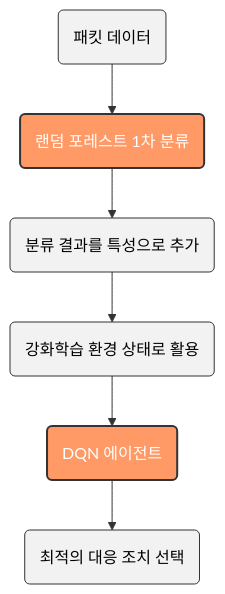
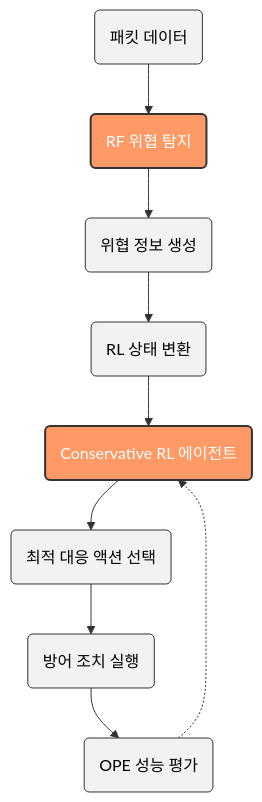
One commit to Es5724/Intrusion_DetectionSystem changed the second of 3 diagrams in README.md. Above: the diagram before and after it, drawn with Mermaid. The commit also changed other lines of this file and 11 other files, not shown here.

````diff
--- a/README.md
+++ b/README.md
@@ -463,14 +476,17 @@
 ```mermaid
 flowchart TD
-    A("패킷 데이터") --> B("랜덤 포레스트 1차 분류")
-    B --> C("분류 결과를 특성으로 추가")
-    C --> D("강화학습 환경 상태로 활용")
-    D --> E("DQN 에이전트")
-    E --> F("최적의 대응 조치 선택")
+    A("패킷 데이터") --> B("RF 위협 탐지")
+    B --> C("위협 정보 생성")
+    C --> D("RL 상태 변환")
+    D --> E("Conservative RL 에이전트")
+    E --> F("최적 대응 액션 선택")
+    F --> G("방어 조치 실행")
+    G --> H("OPE 성능 평가")
+    H -.-> E
     
     classDef primary fill:#f96,color:#fff,stroke:#333,stroke-width:2px;
     classDef secondary fill:#f2f2f2,color:#000,stroke:#333,stroke-width:1px;
     
     class B,E primary;
-    class A,C,D,F secondary;
+    class A,C,D,F,G,H secondary;
 ```
````
